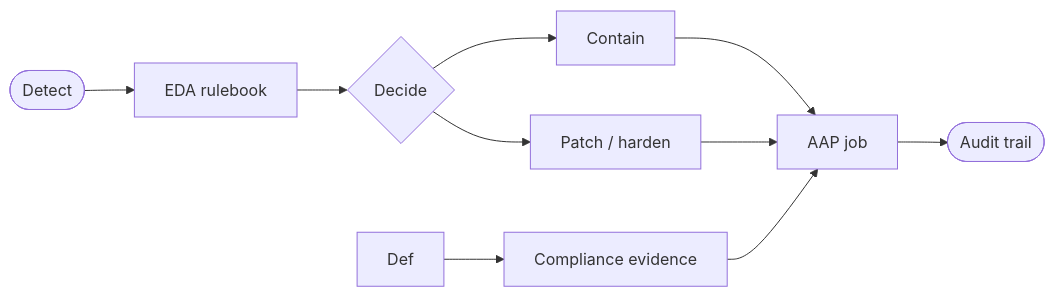
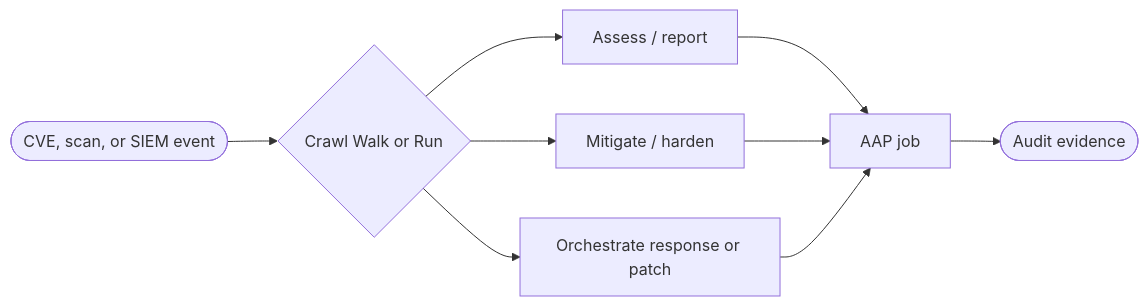
The second of 2 diagrams in README-Security-Automation.md (ansible-tmm/solution-guides), drawn with Mermaid before and after one commit. The commit also changed other lines of this file and 11 other files, not shown here.

First line of the commit message:
Align Security foundational guide with 301 Crawl/Walk/Run use cases

````diff
--- a/README-Security-Automation.md
+++ b/README-Security-Automation.md
@@ -112,12 +194,11 @@
 ```mermaid
 graph LR
-  Det([Detect]) --> EDA[EDA rulebook]
-  EDA --> Dec{Decide}
-  Dec --> Cont[Contain]
-  Dec --> Patch[Patch / harden]
-  Def --> Comp[Compliance evidence]
-  Cont --> AAP[AAP job]
-  Patch --> AAP
-  Comp --> AAP
-  AAP --> Audit([Audit trail])
+  Det([CVE, scan, or SIEM event]) --> Decide{Crawl Walk or Run}
+  Decide --> Assess[Assess / report]
+  Decide --> Mitigate[Mitigate / harden]
+  Decide --> Orchestrate[Orchestrate response or patch]
+  Assess --> AAP[AAP job]
+  Mitigate --> AAP
+  Orchestrate --> AAP
+  AAP --> Prove([Audit evidence])
 ```
````
